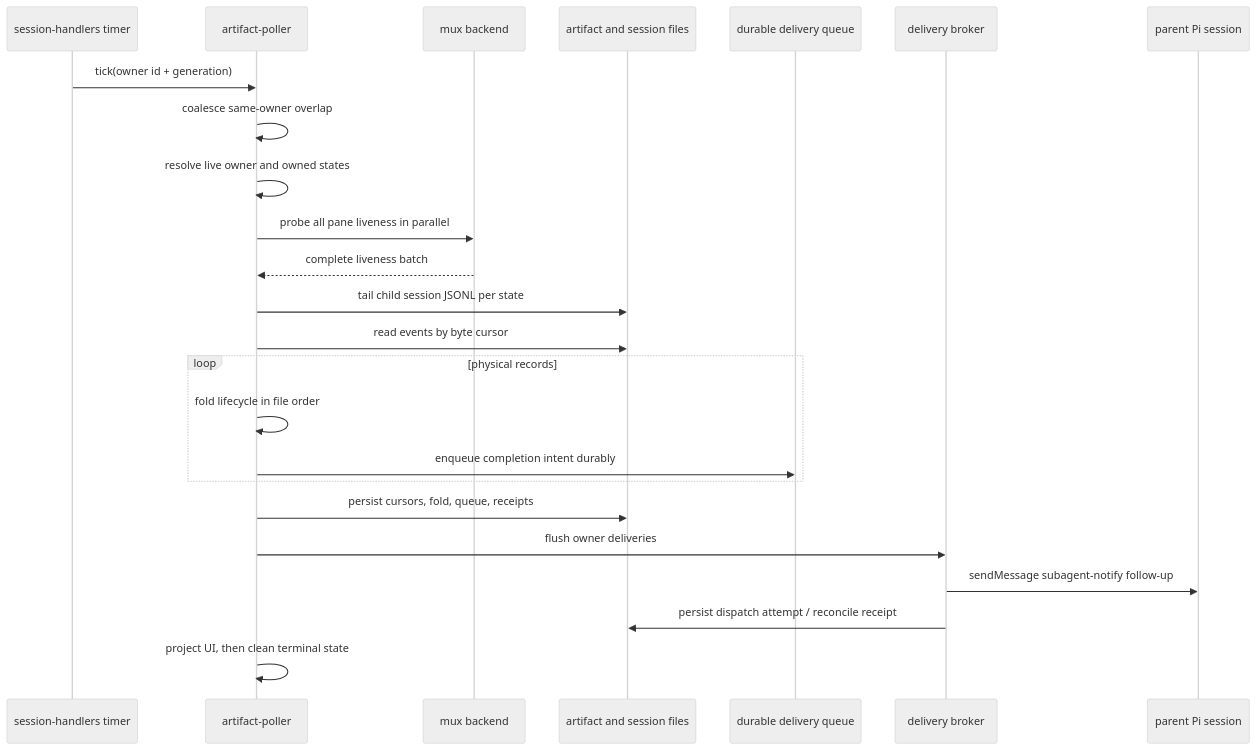
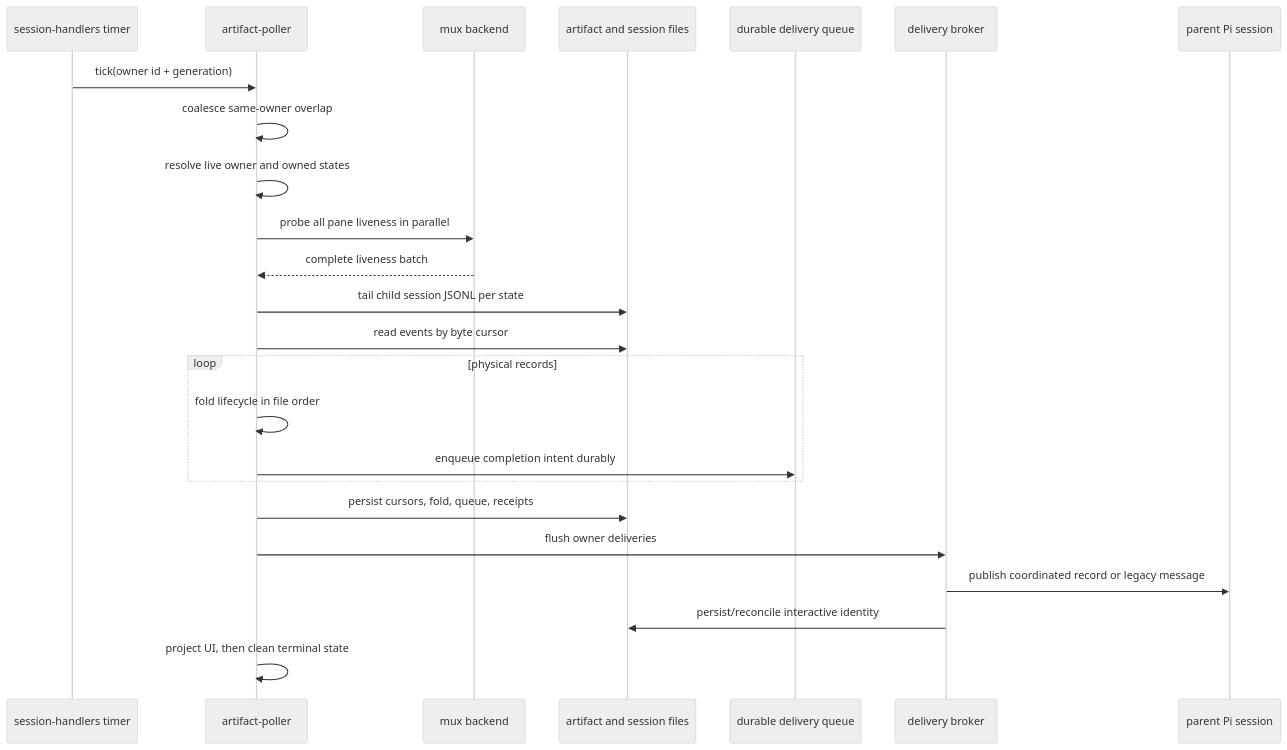
Before and after one commit to avi2d/pi-subagentura: the sixth of 8 diagrams in architecture.md, drawn with Mermaid (neutral theme). The commit also changed other lines of this file and 32 other files, not shown here.

````diff
--- a/architecture.md
+++ b/architecture.md
@@ -577,27 +588,27 @@
 ```mermaid
 sequenceDiagram
   participant S as session-handlers timer
   participant P as artifact-poller
   participant M as mux backend
   participant A as artifact and session files
   participant D as durable delivery queue
   participant B as delivery broker
   participant Parent as parent Pi session
 
   S->>P: tick(owner id + generation)
   P->>P: coalesce same-owner overlap
   P->>P: resolve live owner and owned states
   P->>M: probe all pane liveness in parallel
   M-->>P: complete liveness batch
   P->>A: tail child session JSONL per state
   P->>A: read events by byte cursor
   loop physical records
     P->>P: fold lifecycle in file order
     P->>D: enqueue completion intent durably
   end
   P->>A: persist cursors, fold, queue, receipts
   P->>B: flush owner deliveries
-  B->>Parent: sendMessage subagent-notify follow-up
-  B->>A: persist dispatch attempt / reconcile receipt
+  B->>Parent: publish coordinated record or legacy message
+  B->>A: persist/reconcile interactive identity
   P->>P: project UI, then clean terminal state
 ```
````
